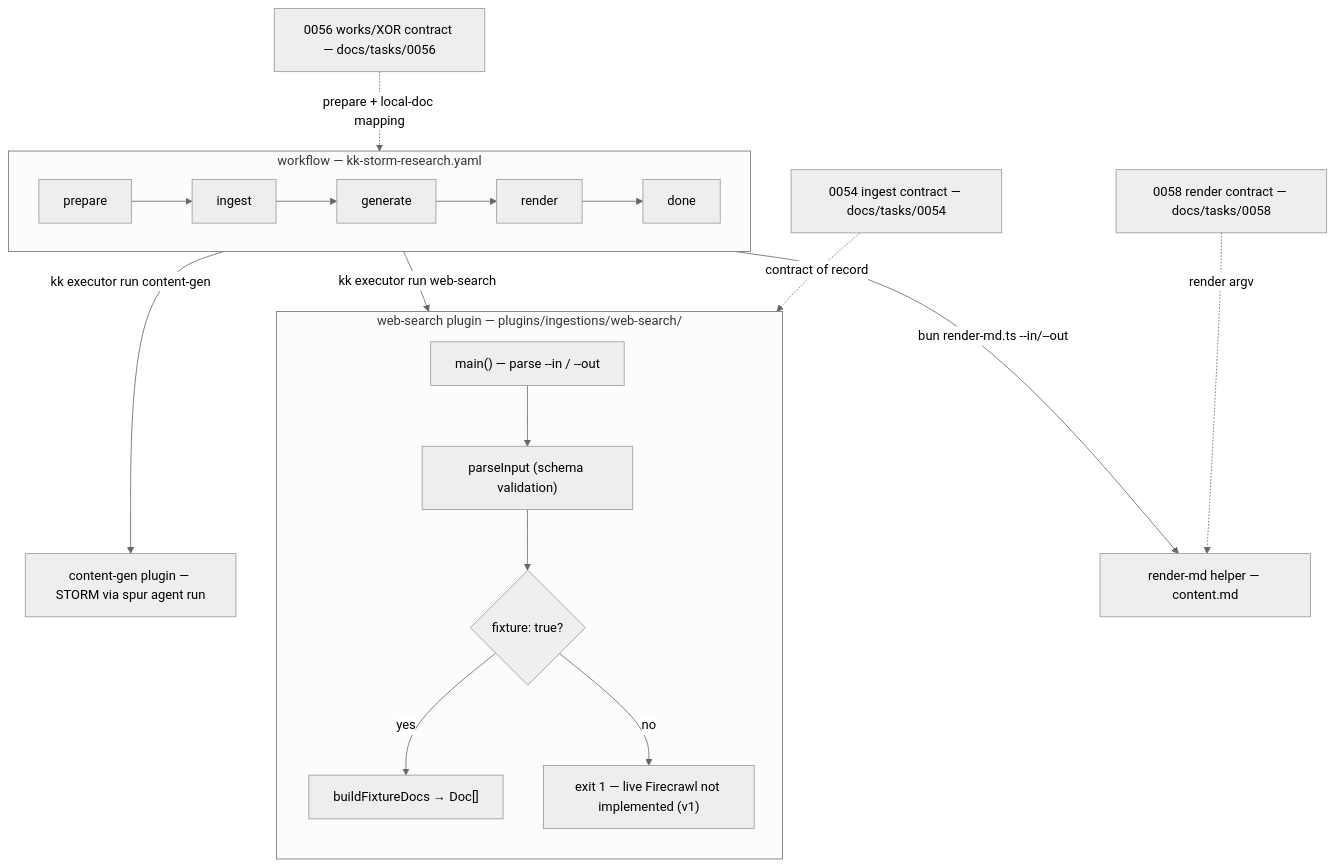
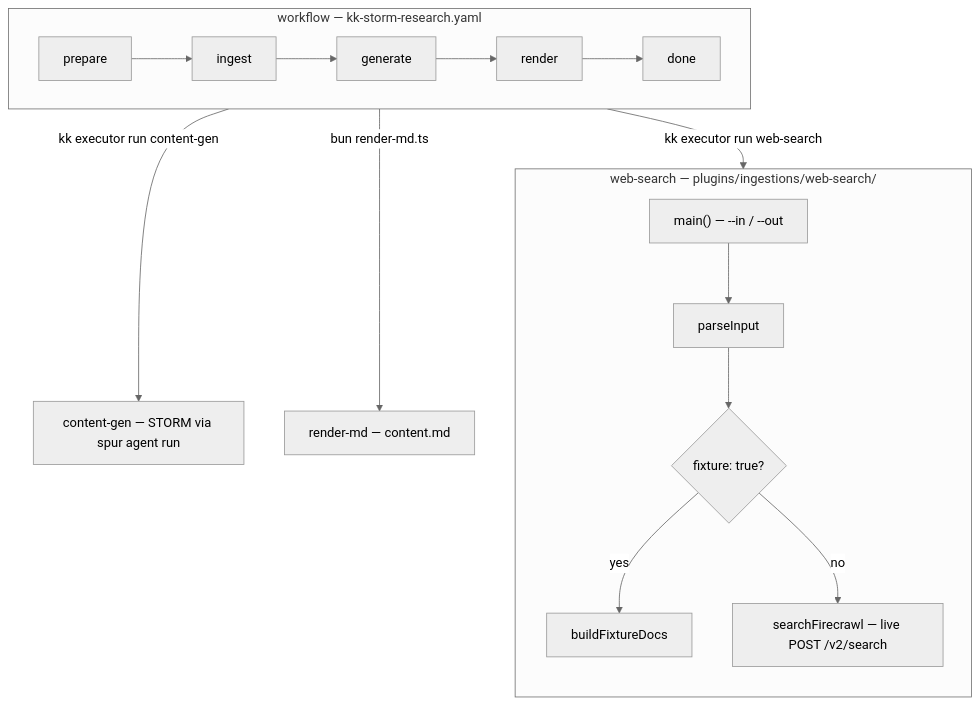
The second of 2 diagrams in docs/help/storm-topic-research-workflow.md (gobing-ai/knowledge-kit), drawn with Mermaid (neutral theme) before and after one commit. The commit also changed other lines of this file and 10 other files, not shown here.

````diff
--- a/docs/help/storm-topic-research-workflow.md
+++ b/docs/help/storm-topic-research-workflow.md
@@ -155,23 +220,19 @@
 ```mermaid
 flowchart TD
     subgraph W["workflow — kk-storm-research.yaml"]
         direction LR
         P["prepare"] --> IN["ingest"] --> GE["generate"] --> R["render"] --> DN["done"]
     end
 
-    subgraph WP["web-search plugin — plugins/ingestions/web-search/"]
+    subgraph WP["web-search — plugins/ingestions/web-search/"]
         direction TB
-        M["main() — parse --in / --out"] --> PI["parseInput (schema validation)"]
+        M["main() — --in / --out"] --> PI["parseInput"]
         PI --> FX{"fixture: true?"}
-        FX -->|yes| BD["buildFixtureDocs → Doc[]"]
-        FX -->|no| LX["exit 1 — live Firecrawl not implemented (v1)"]
+        FX -->|yes| BD["buildFixtureDocs"]
+        FX -->|no| LV["searchFirecrawl — live POST /v2/search"]
     end
 
     IN -->|"kk executor run web-search"| M
-    GE -->|"kk executor run content-gen"| CG["content-gen plugin — STORM via spur agent run"]
-    R -->|"bun render-md.ts --in/--out"| RM["render-md helper — content.md"]
-
-    C5["0054 ingest contract — docs/tasks/0054"] -.->|"contract of record"| PI
-    C6["0056 works/XOR contract — docs/tasks/0056"] -.->|"prepare + local-doc mapping"| P
-    C8["0058 render contract — docs/tasks/0058"] -.->|"render argv"| RM
+    GE -->|"kk executor run content-gen"| CG["content-gen — STORM via spur agent run"]
+    R -->|"bun render-md.ts"| RM["render-md — content.md"]
 ```
````
